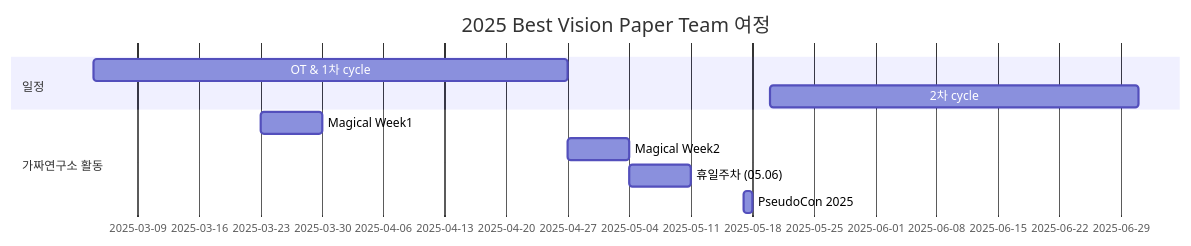
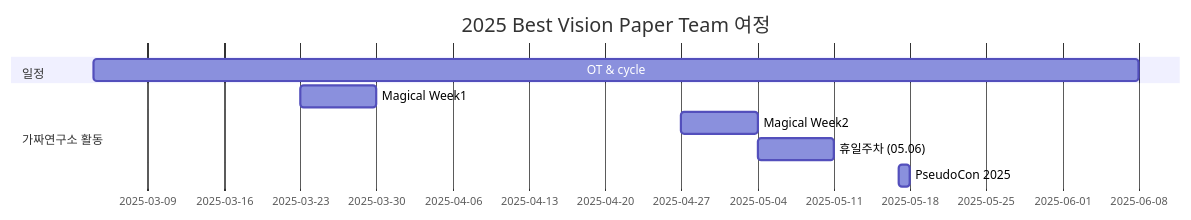
One commit to Pseudo-Lab/Best_Vision_Paper changed the diagram in README.md. Above: the diagram before and after it, drawn with Mermaid. The commit also changed other lines of this file, not shown here.

````diff
--- a/README.md
+++ b/README.md
@@ -99,13 +99,12 @@
 ```mermaid
 gantt
     title 2025 Best Vision Paper Team 여정
     section 일정    
-    OT & 1차 cycle       :a1, 2025-03-04, 54d
-    2차 cycle            :a1, 2025-05-20, 42d    
+    OT & cycle       :a1, 2025-03-04, 96d    
     section 가짜연구소 활동
     Magical Week1: 2025-03-23, 7d
     Magical Week2: 2025-04-27, 7d
     휴일주차 (05.06): holiday, 2025-05-04, 7d
     PseudoCon 2025     : conference, 2025-05-17, 1d
     
 ```
````
